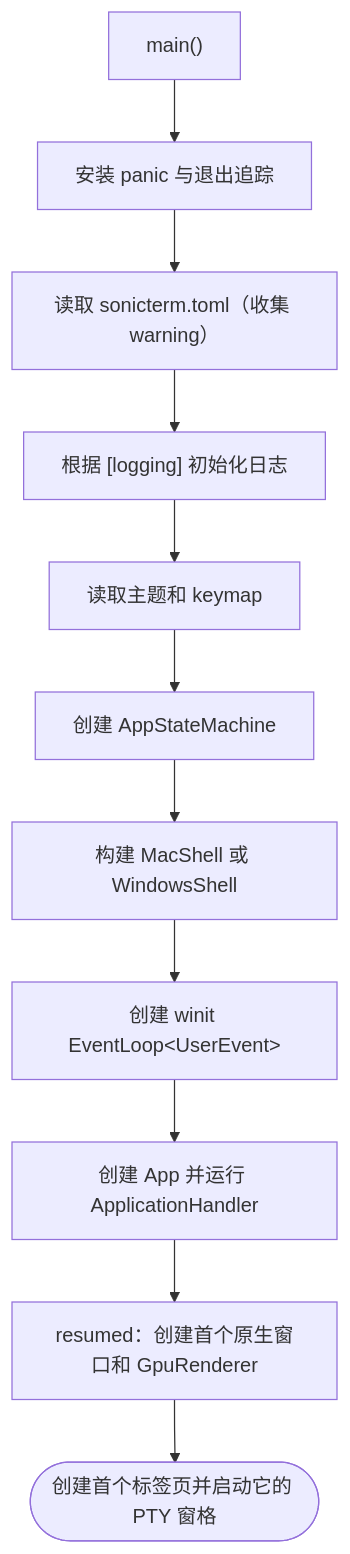
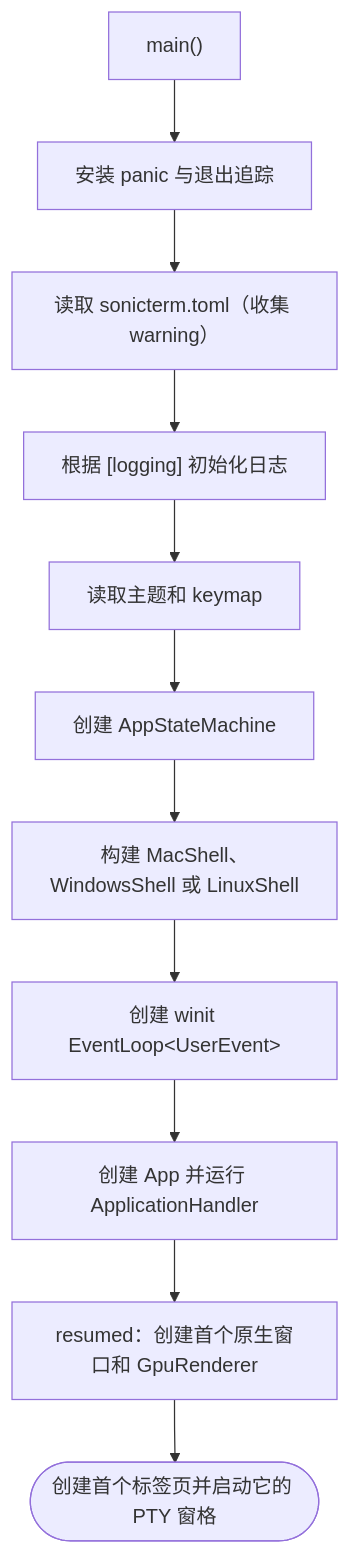
The fifth of 8 diagrams in wiki/Runtime-Lifecycle.md (D0n9X1n/SonicTerm), drawn with Mermaid before and after one commit. The commit also changed other lines of this file and 70 other files, not shown here.

````diff
--- a/wiki/Runtime-Lifecycle.md
+++ b/wiki/Runtime-Lifecycle.md
@@ -408,25 +410,25 @@
 ```mermaid
 flowchart TD
     main["main()"]
     trace["安装 panic 与退出追踪"]
     cfg["读取 sonicterm.toml（收集 warning）"]
     log["根据 [logging] 初始化日志"]
     theme["读取主题和 keymap"]
     asm["创建 AppStateMachine"]
-    shell["构建 MacShell 或 WindowsShell"]
+    shell["构建 MacShell、WindowsShell 或 LinuxShell"]
     loop["创建 winit EventLoop&lt;UserEvent&gt;"]
     app["创建 App 并运行 ApplicationHandler"]
     resumed["resumed：创建首个原生窗口和 GpuRenderer"]
     pane(["创建首个标签页并启动它的 PTY 窗格"])
 
     main --> trace
     trace --> cfg
     cfg --> log
     log --> theme
     theme --> asm
     asm --> shell
     shell --> loop
     loop --> app
     app --> resumed
     resumed --> pane
 ```
````
